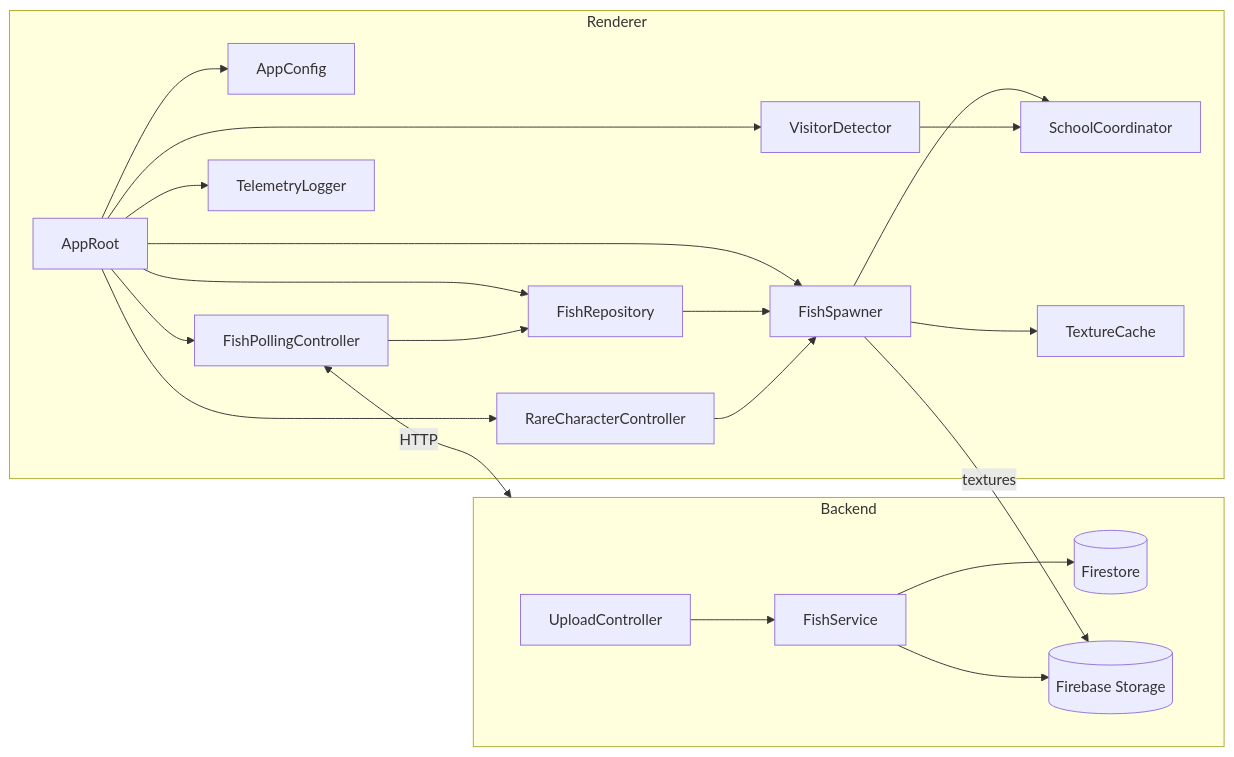
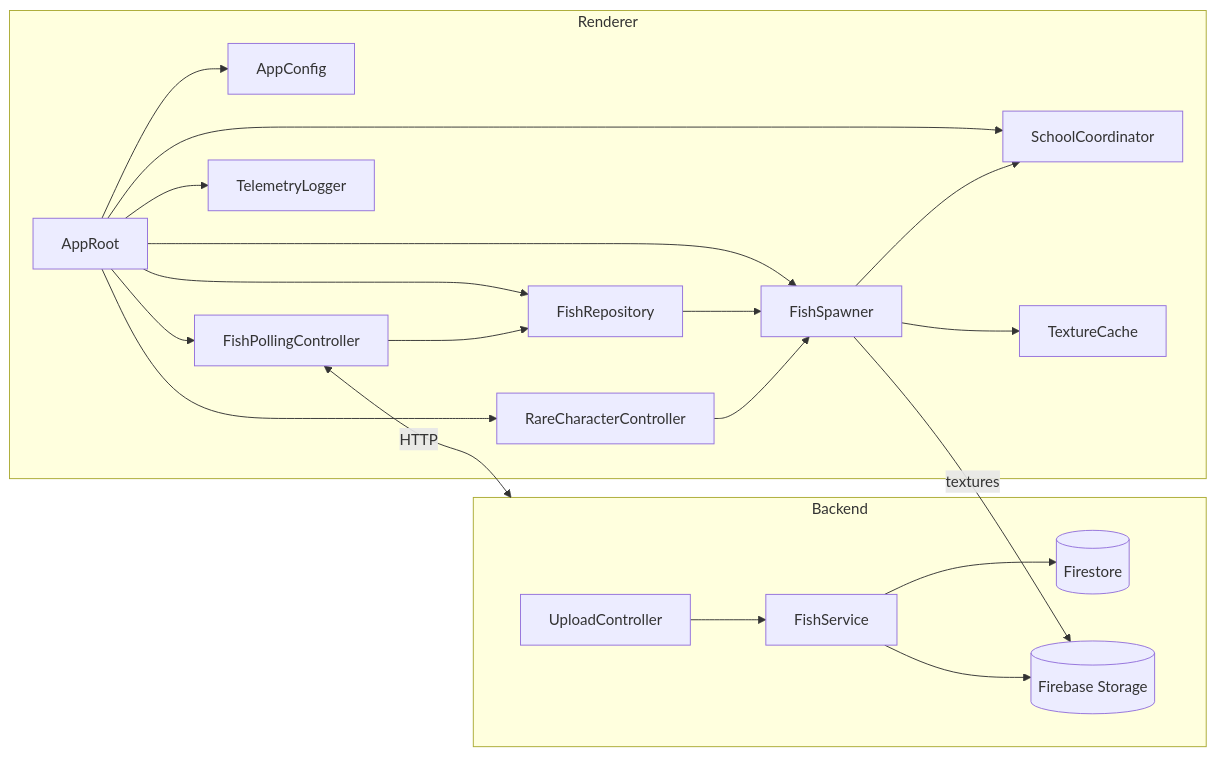
Before and after one commit to gdsc-osaka/machikane25: the diagram in apps/art/ARCHITECTURE.md, drawn with Mermaid. The commit also changed other lines of this file and 31 other files, not shown here.

````diff
--- a/apps/art/ARCHITECTURE.md
+++ b/apps/art/ARCHITECTURE.md
@@ -11,25 +11,24 @@
 ```mermaid
 flowchart LR
     subgraph Renderer
         AppRoot --> AppConfig
         AppRoot --> FishPollingController
         AppRoot --> FishRepository
         AppRoot --> FishSpawner
-        AppRoot --> VisitorDetector
         AppRoot --> RareCharacterController
         AppRoot --> TelemetryLogger
+        AppRoot --> SchoolCoordinator
         FishPollingController --> FishRepository
         FishRepository --> FishSpawner
         FishSpawner --> SchoolCoordinator
         FishSpawner --> TextureCache
-        VisitorDetector --> SchoolCoordinator
         RareCharacterController --> FishSpawner
     end
     subgraph Backend
         UploadController --> FishService
         FishService --> Firestore[(Firestore)]
         FishService --> Storage[(Firebase Storage)]
     end
     FishPollingController <-- HTTP --> Backend
     FishSpawner -->|textures| Storage
 ```
````
